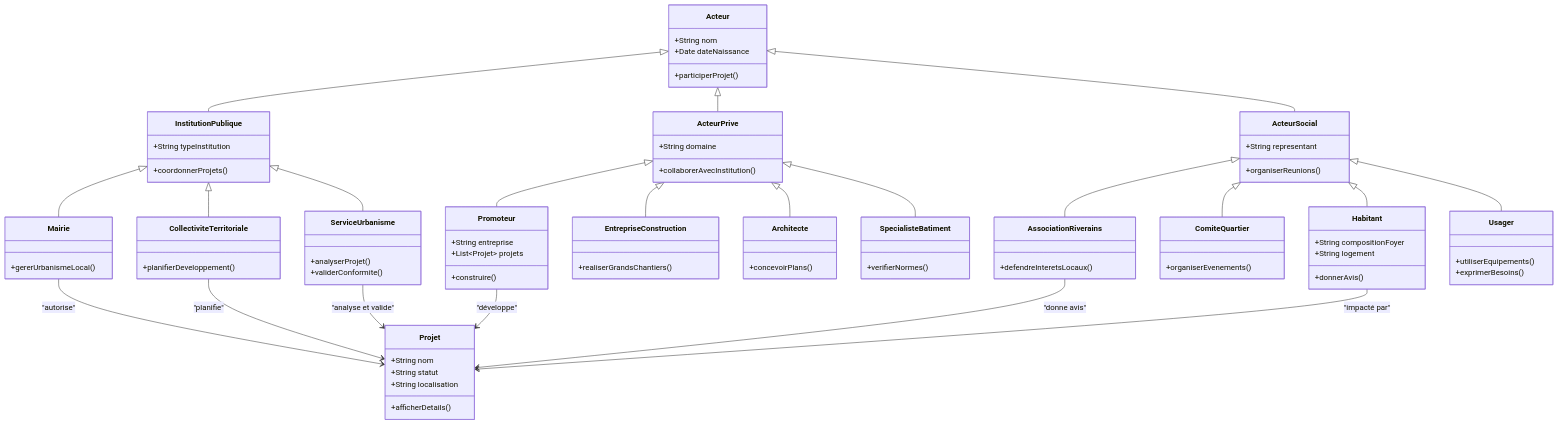
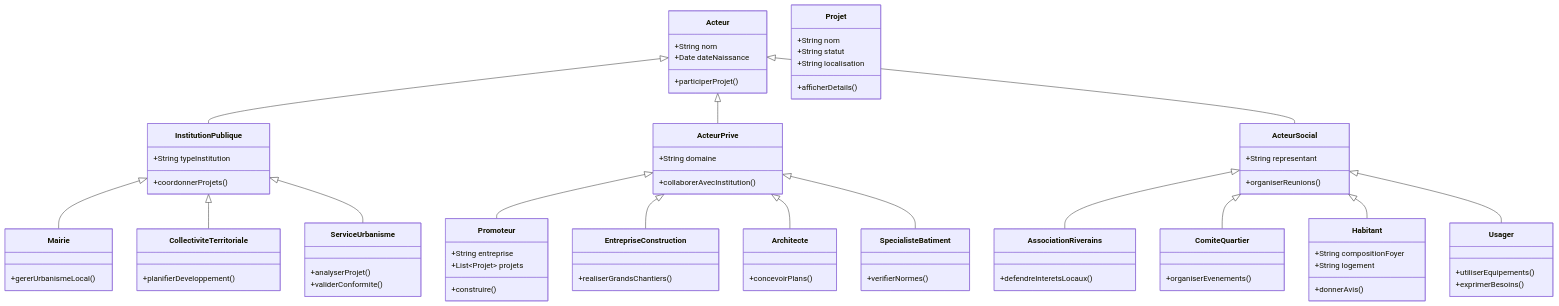
One commit to kahiarchi/plaine---saint--Denis---batiment- changed the diagram in acteurskahiachi3.md. Above: the diagram before and after it, drawn with Mermaid.

````diff
--- a/acteurskahiachi3.md
+++ b/acteurskahiachi3.md
@@ -104,11 +104,5 @@
     ActeurSocial <|-- Habitant
     ActeurSocial <|-- Usager
 
-    %% Relations entre classes
-    Promoteur --> Projet : "développe"
-    ServiceUrbanisme --> Projet : "analyse et valide"
-    Mairie --> Projet : "autorise"
-    CollectiviteTerritoriale --> Projet : "planifie"
-    AssociationRiverains --> Projet : "donne avis"
-    Habitant --> Projet : "impacté par"
+   
 ```
````
